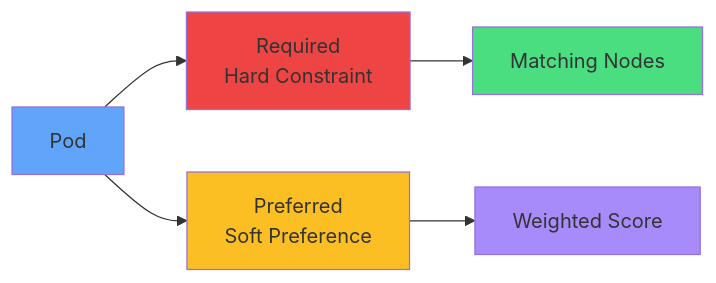
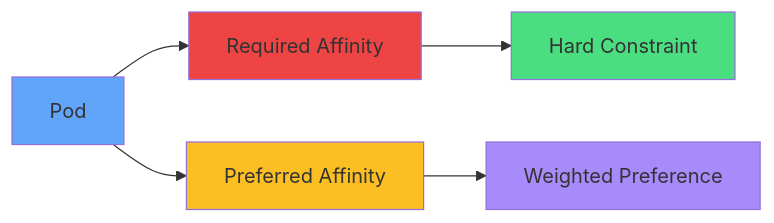
Before and after one commit to courselabs/kubernetes: the second of 8 diagrams in slides/affinity/slides.md, drawn with Mermaid. The commit also changed other lines of this file and 7 other files, not shown here.

````diff
--- a/slides/affinity/slides.md
+++ b/slides/affinity/slides.md
@@ -90,12 +102,12 @@
 ```mermaid
 graph LR
-    P[Pod] --> R[Required<br/>Hard Constraint]
-    P --> PR[Preferred<br/>Soft Preference]
-    R --> N1[Matching Nodes]
-    PR --> N2[Weighted Score]
+    P[Pod] --> R[Required Affinity]
+    P --> PR[Preferred Affinity]
+    R --> H[Hard Constraint]
+    PR --> W[Weighted Preference]
     style P fill:#60a5fa
     style R fill:#ef4444
     style PR fill:#fbbf24
-    style N1 fill:#4ade80
-    style N2 fill:#a78bfa
+    style H fill:#4ade80
+    style W fill:#a78bfa
 ```
````
